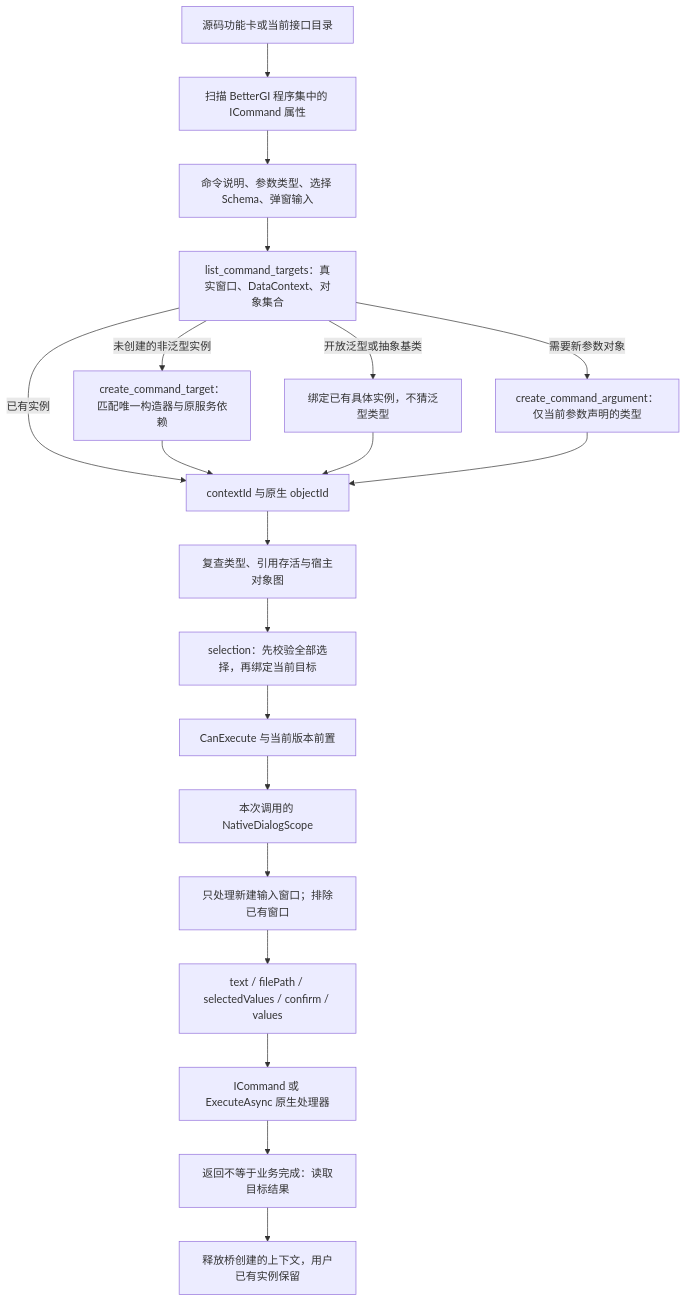
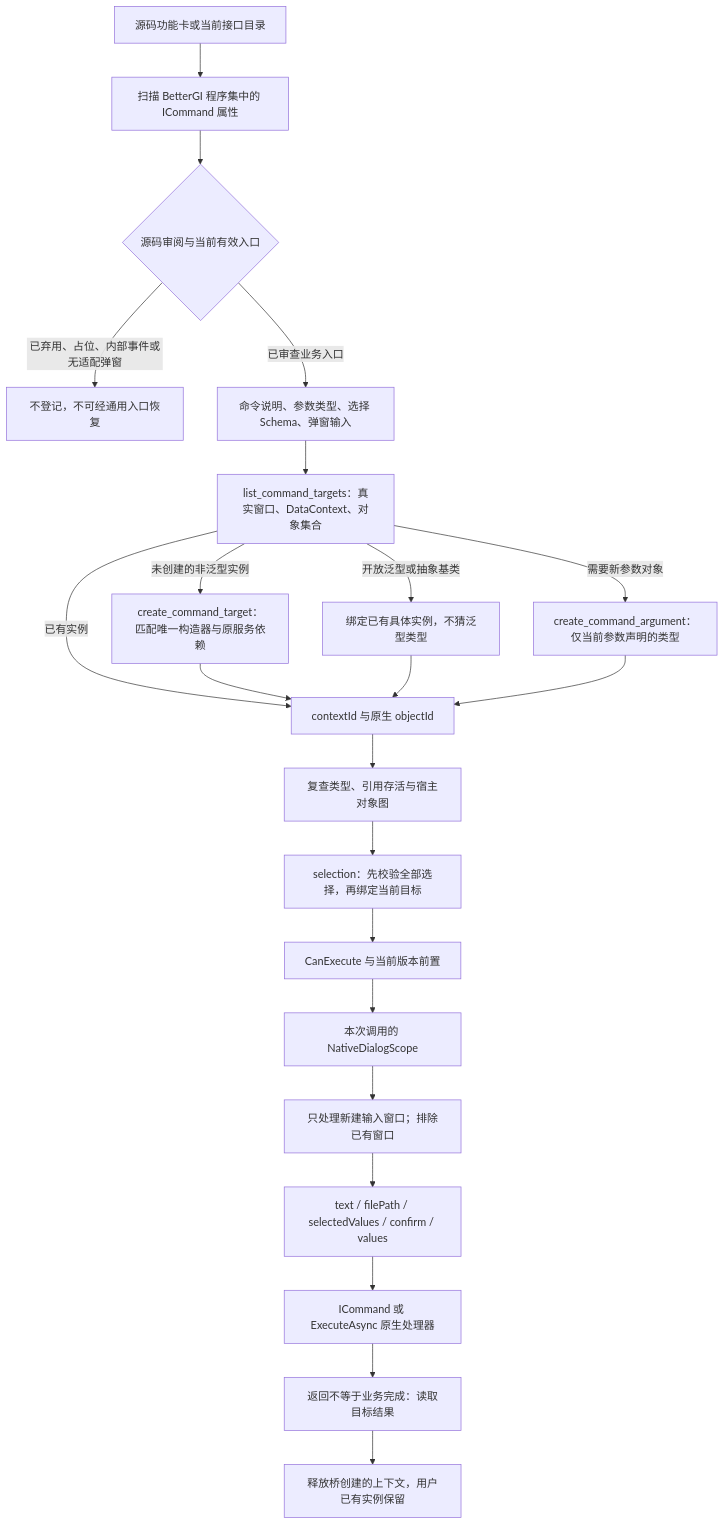
One commit to A-Little-AnQi/Sleepy-Doll changed the third of 4 diagrams in docs/bgi/agent-chain.md. Above: the diagram before and after it, drawn with Mermaid. The commit also changed other lines of this file and 23 other files, not shown here.

````diff
--- a/docs/bgi/agent-chain.md
+++ b/docs/bgi/agent-chain.md
@@ -88,22 +88,24 @@
 ```mermaid
 flowchart TD
   C[源码功能卡或当前接口目录] --> ALL[扫描 BetterGI 程序集中的 ICommand 属性]
-  ALL --> CAT[命令说明、参数类型、选择 Schema、弹窗输入]
+  ALL --> FILTER{源码审阅与当前有效入口}
+  FILTER -->|已弃用、占位、内部事件或无适配弹窗| DROP[不登记，不可经通用入口恢复]
+  FILTER -->|已审查业务入口| CAT[命令说明、参数类型、选择 Schema、弹窗输入]
   CAT --> TARGET[list_command_targets：真实窗口、DataContext、对象集合]
   TARGET -->|已有实例| ID[contextId 与原生 objectId]
   TARGET -->|未创建的非泛型实例| CREATE[create_command_target：匹配唯一构造器与原服务依赖]
   CREATE --> ID
   TARGET -->|开放泛型或抽象基类| GENERIC[绑定已有具体实例，不猜泛型类型]
   GENERIC --> ID
   TARGET -->|需要新参数对象| ARG[create_command_argument：仅当前参数声明的类型]
   ARG --> ID
   ID --> LIVE[复查类型、引用存活与宿主对象图]
   LIVE --> SEL[selection：先校验全部选择，再绑定当前目标]
   SEL --> CAN[CanExecute 与当前版本前置]
   CAN --> SCOPE[本次调用的 NativeDialogScope]
   SCOPE --> DIALOG[只处理新建输入窗口；排除已有窗口]
   DIALOG --> INPUT[text / filePath / selectedValues / confirm / values]
   INPUT --> CMD[ICommand 或 ExecuteAsync 原生处理器]
   CMD --> EVIDENCE[返回不等于业务完成：读取目标结果]
   EVIDENCE --> RELEASE[释放桥创建的上下文，用户已有实例保留]
 ```
````
